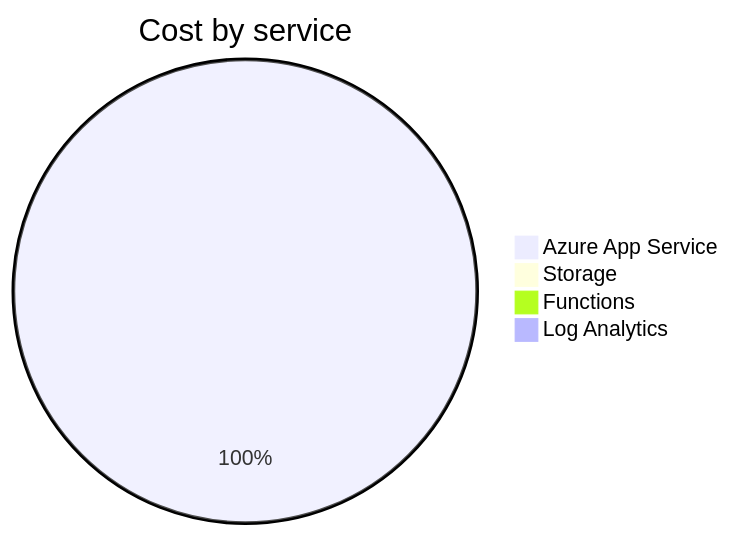
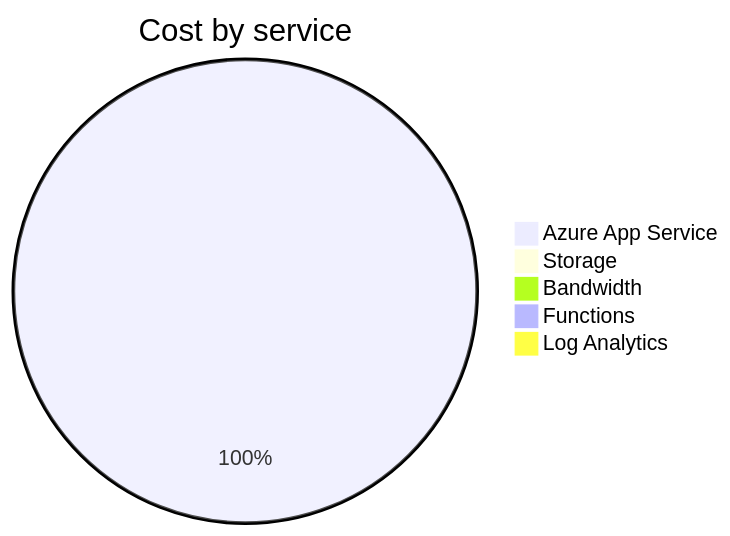
One commit to jpfulton/azure-personal-reports changed the second of 4 diagrams in cost-reports/personal-site/README.md. Above: the diagram before and after it, drawn with Mermaid. The commit also changed other lines of this file and 6 other files, not shown here.

````diff
--- a/cost-reports/personal-site/README.md
+++ b/cost-reports/personal-site/README.md
@@ -98,8 +99,9 @@
 ```mermaid
 pie
    title Cost by service
-   "Azure App Service" : 4.68
+   "Azure App Service" : 5.25
    "Storage" : 0.02
+   "Bandwidth" : 0.00
    "Functions" : 0.00
    "Log Analytics" : 0.00
 ```
````
